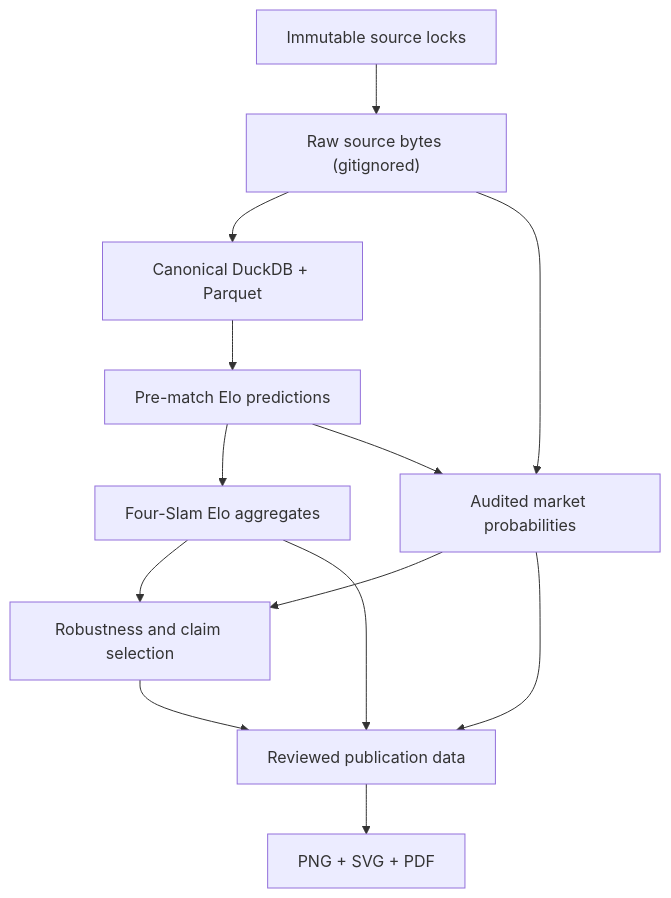
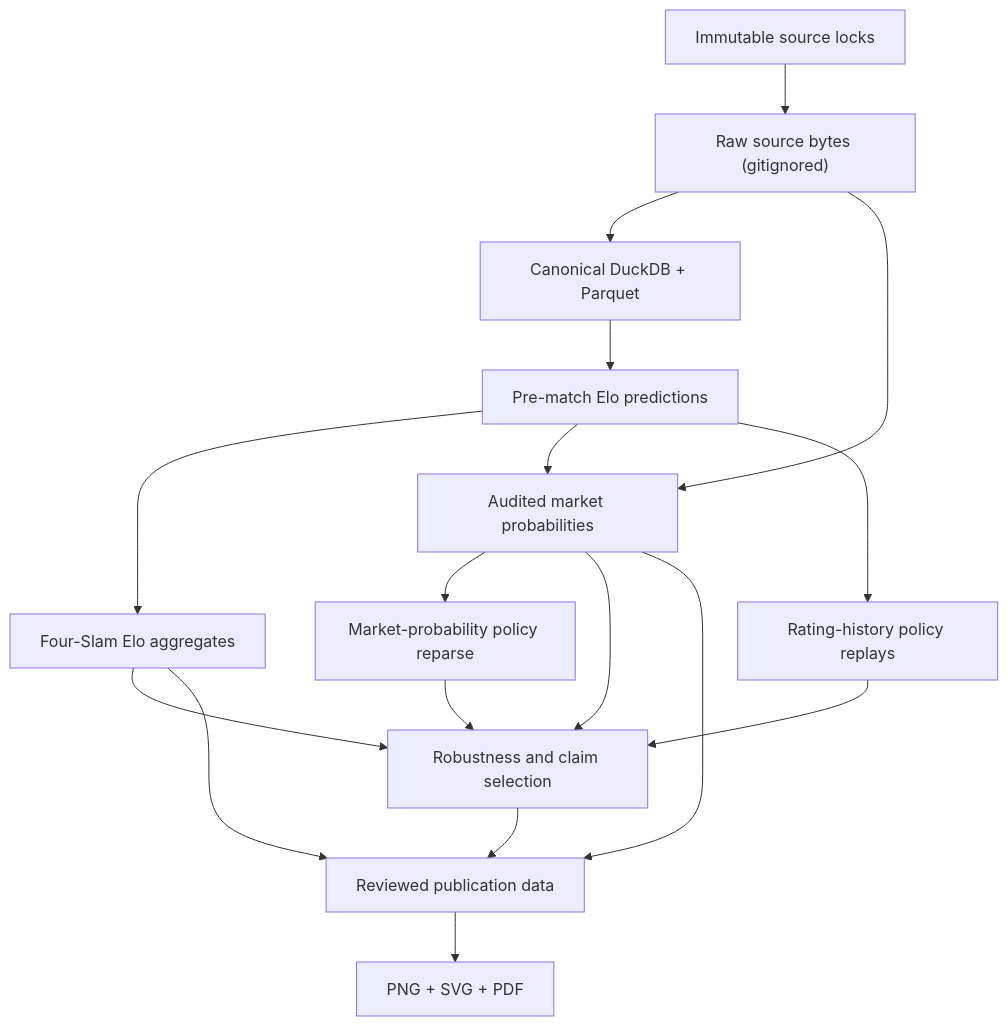
One commit to vanshkumar/tennis-lab changed the diagram in docs/architecture.md. Above: the diagram before and after it, drawn with Mermaid. The commit also changed other lines of this file and 21 other files, not shown here.

````diff
--- a/docs/architecture.md
+++ b/docs/architecture.md
@@ -8,15 +8,19 @@
 ```mermaid
 flowchart TD
     A["Immutable source locks"] --> B["Raw source bytes (gitignored)"]
     B --> C["Canonical DuckDB + Parquet"]
     C --> D["Pre-match Elo predictions"]
     D --> E["Four-Slam Elo aggregates"]
     B --> F["Audited market probabilities"]
     D --> F
+    D --> R["Rating-history policy replays"]
+    F --> M["Market-probability policy reparse"]
     E --> G["Robustness and claim selection"]
     F --> G
+    R --> G
+    M --> G
     G --> H["Reviewed publication data"]
     E --> H
     F --> H
     H --> I["PNG + SVG + PDF"]
 ```
````
